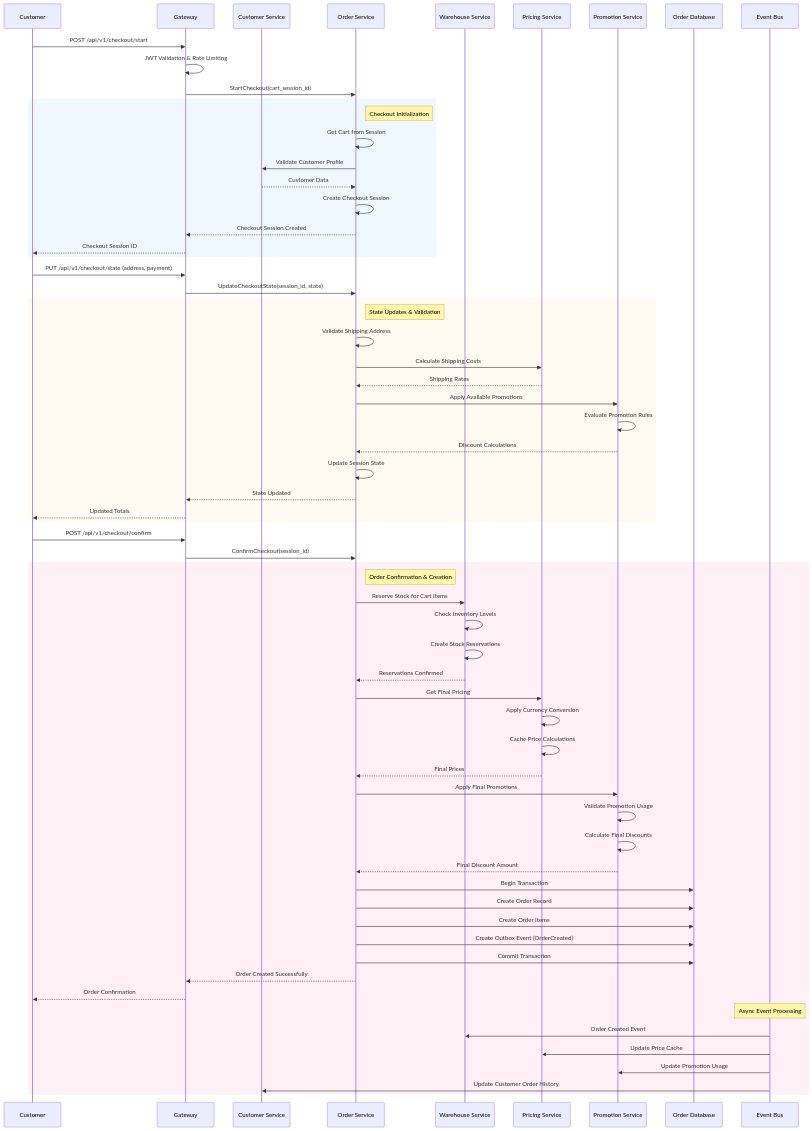
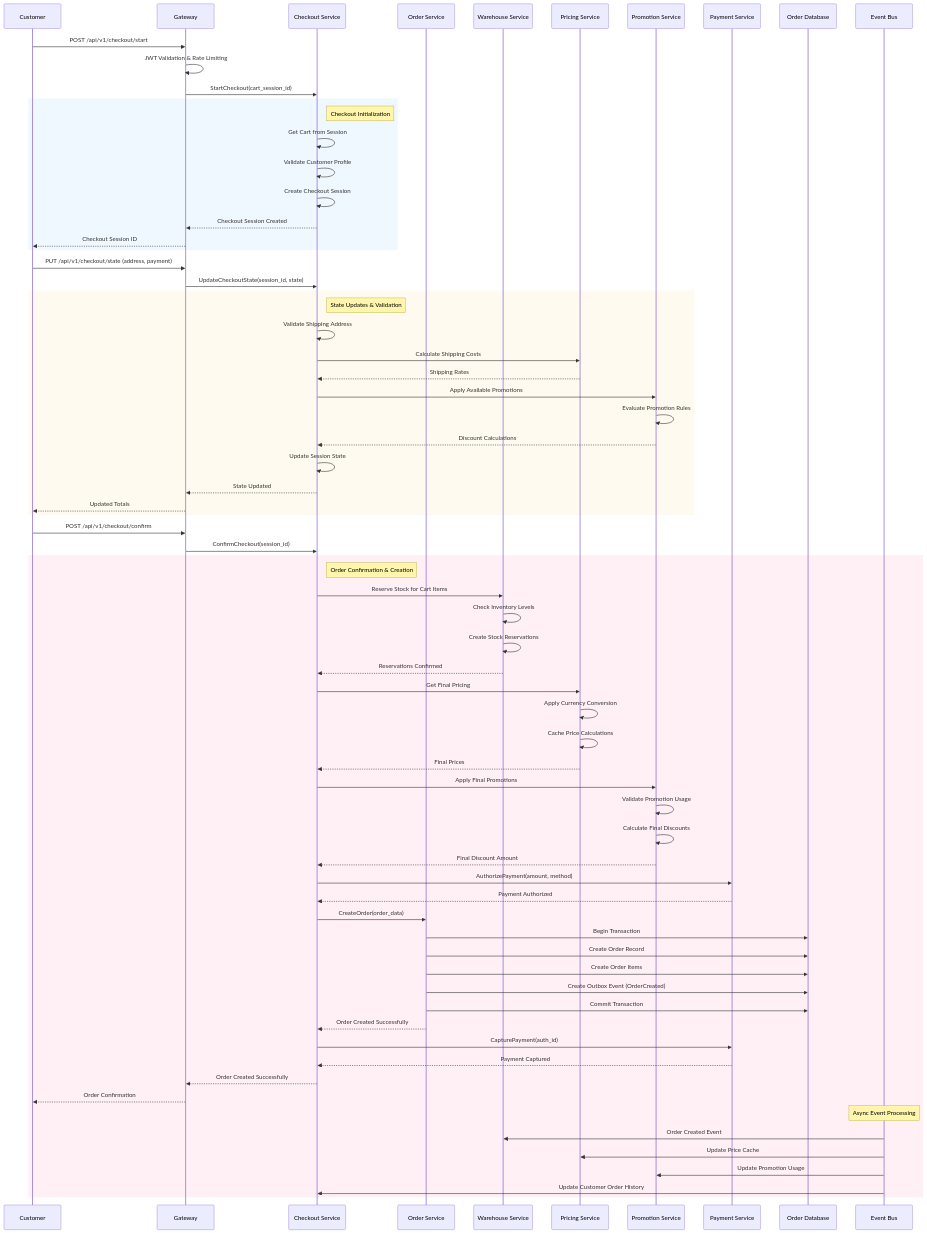
The second of 9 diagrams in 02-business-domains/commerce/order-management.md (vesviet/Composable-Commerce-Service-Architecture), drawn with Mermaid before and after one commit. The commit also changed other lines of this file and 5 other files, not shown here.

```diff
--- a/02-business-domains/commerce/order-management.md
+++ b/02-business-domains/commerce/order-management.md
@@ -87,71 +125,79 @@
 sequenceDiagram
     participant C as Customer
     participant G as Gateway
-    participant CS as Customer Service
-    participant O as Order Service
+    participant CS as Checkout Service
+    participant OS as Order Service
     participant W as Warehouse Service
     participant P as Pricing Service
     participant PR as Promotion Service
+    participant PAY as Payment Service
     participant DB as Order Database
     participant E as Event Bus
     
     C->>G: POST /api/v1/checkout/start
     G->>G: JWT Validation & Rate Limiting
-    G->>O: StartCheckout(cart_session_id)
+    G->>CS: StartCheckout(cart_session_id)
     
     rect rgb(240, 248, 255)
-    note right of O: Checkout Initialization
-    O->>O: Get Cart from Session
-    O->>CS: Validate Customer Profile
-    CS-->>O: Customer Data
-    O->>O: Create Checkout Session
-    O-->>G: Checkout Session Created
+    note right of CS: Checkout Initialization
+    CS->>CS: Get Cart from Session
+    CS->>CS: Validate Customer Profile
+    CS->>CS: Create Checkout Session
+    CS-->>G: Checkout Session Created
     G-->>C: Checkout Session ID
     end
     
     C->>G: PUT /api/v1/checkout/state (address, payment)
-    G->>O: UpdateCheckoutState(session_id, state)
+    G->>CS: UpdateCheckoutState(session_id, state)
     
     rect rgb(255, 250, 240)
-    note right of O: State Updates & Validation
-    O->>O: Validate Shipping Address
-    O->>P: Calculate Shipping Costs
-    P-->>O: Shipping Rates
-    O->>PR: Apply Available Promotions
+    note right of CS: State Updates & Validation
+    CS->>CS: Validate Shipping Address
+    CS->>P: Calculate Shipping Costs
+    P-->>CS: Shipping Rates
+    CS->>PR: Apply Available Promotions
     PR->>PR: Evaluate Promotion Rules
-    PR-->>O: Discount Calculations
-    O->>O: Update Session State
-    O-->>G: State Updated
+    PR-->>CS: Discount Calculations
+    CS->>CS: Update Session State
+    CS-->>G: State Updated
     G-->>C: Updated Totals
     end
     
     C->>G: POST /api/v1/checkout/confirm
-    G->>O: ConfirmCheckout(session_id)
+    G->>CS: ConfirmCheckout(session_id)
     
     rect rgb(255, 240, 245)
-    note right of O: Order Confirmation & Creation
-    O->>W: Reserve Stock for Cart Items
+    note right of CS: Order Confirmation & Creation
+    CS->>W: Reserve Stock for Cart Items
     W->>W: Check Inventory Levels
     W->>W: Create Stock Reservations
-    W-->>O: Reservations Confirmed
+    W-->>CS: Reservations Confirmed
     
-    O->>P: Get Final Pricing
+    CS->>P: Get Final Pricing
     P->>P: Apply Currency Conversion
     P->>P: Cache Price Calculations
-    P-->>O: Final Prices
+    P-->>CS: Final Prices
     
-    O->>PR: Apply Final Promotions
+    CS->>PR: Apply Final Promotions
     PR->>PR: Validate Promotion Usage
     PR->>PR: Calculate Final Discounts
-    PR-->>O: Final Discount Amount
+    PR-->>CS: Final Discount Amount
     
-    O->>DB: Begin Transaction
-    O->>DB: Create Order Record
-    O->>DB: Create Order Items
-    O->>DB: Create Outbox Event (OrderCreated)
-    O->>DB: Commit Transaction
+    CS->>PAY: AuthorizePayment(amount, method)
+    PAY-->>CS: Payment Authorized
     
-    O-->>G: Order Created Successfully
+    CS->>OS: CreateOrder(order_data)
+    OS->>DB: Begin Transaction
+    OS->>DB: Create Order Record
+    OS->>DB: Create Order Items
+    OS->>DB: Create Outbox Event (OrderCreated)
+    OS->>DB: Commit Transaction
+    OS-->>CS: Order Created Successfully
+    
+    CS->>PAY: CapturePayment(auth_id)
+    PAY-->>CS: Payment Captured
+    
+    CS-->>G: Order Created Successfully
     G-->>C: Order Confirmation
     
     note over E: Async Event Processing
```
